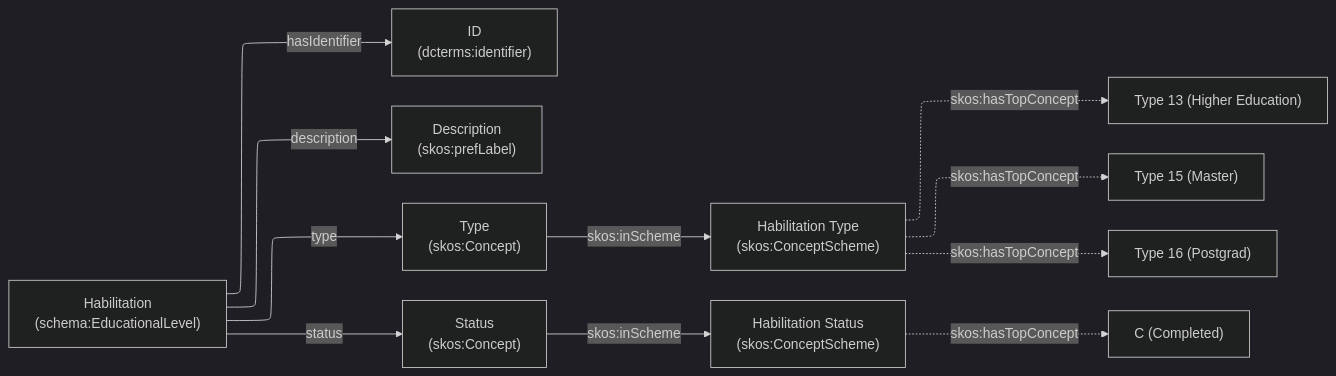
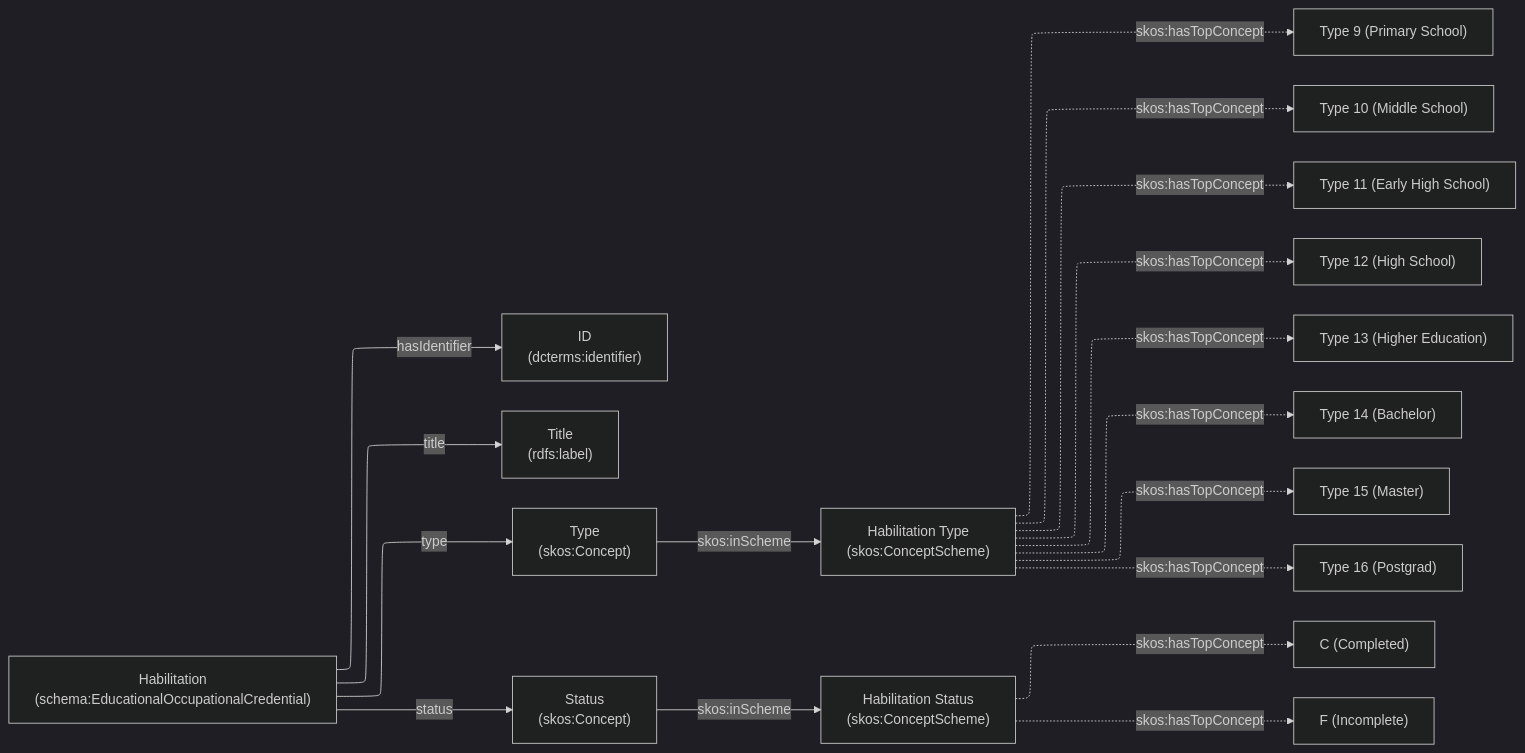
Before and after one commit to Kaankzlyar/orwell-generalized: the diagram in docs/registobiografico/habilitations.mermaid, drawn with Mermaid (dark theme). The commit also changed 10 other files, not shown here.

Commit message:
fix some graphs

```diff
--- a/docs/registobiografico/habilitations.mermaid
+++ b/docs/registobiografico/habilitations.mermaid
@@ -1,17 +1,23 @@
 ---
 config:
   layout: elk
 ---
 flowchart LR
-    Habilitation["Habilitation<br>(schema:EducationalLevel)"] -- hasIdentifier --> hid["ID<br>(dcterms:identifier)"]
-    Habilitation -- description --> hdes["Description<br>(skos:prefLabel)"]
+    Habilitation["Habilitation<br>(schema:EducationalOccupationalCredential)"] -- hasIdentifier --> hid["ID<br>(dcterms:identifier)"]
+    Habilitation -- title --> hdes["Title<br>(rdfs:label)"]
     Habilitation -- type --> htype["Type<br>(skos:Concept)"]
     Habilitation -- status --> hstatus["Status<br>(skos:Concept)"]
     
     htype -->|"skos:inScheme"| htypeEnum["Habilitation Type<br>(skos:ConceptScheme)"]
-    htypeEnum -.->|"skos:hasTopConcept"| ht1["Type 13 (Higher Education)"]
-    htypeEnum -.->|"skos:hasTopConcept"| ht2["Type 15 (Master)"]
-    htypeEnum -.->|"skos:hasTopConcept"| ht3["Type 16 (Postgrad)"]
+    htypeEnum -.->|"skos:hasTopConcept"| ht5["Type 9 (Primary School)"]
+    htypeEnum -.->|"skos:hasTopConcept"| ht7["Type 10 (Middle School)"]
+    htypeEnum -.->|"skos:hasTopConcept"| ht8["Type 11 (Early High School)"]
+    htypeEnum -.->|"skos:hasTopConcept"| ht1["Type 12 (High School)"]
+    htypeEnum -.->|"skos:hasTopConcept"| ht2["Type 13 (Higher Education)"]
+    htypeEnum -.->|"skos:hasTopConcept"| ht6["Type 14 (Bachelor)"]
+    htypeEnum -.->|"skos:hasTopConcept"| ht3["Type 15 (Master)"]
+    htypeEnum -.->|"skos:hasTopConcept"| ht4["Type 16 (Postgrad)"]
     
     hstatus -->|"skos:inScheme"| hstatusEnum["Habilitation Status<br>(skos:ConceptScheme)"]
     hstatusEnum -.->|"skos:hasTopConcept"| hs1["C (Completed)"]
+    hstatusEnum -.->|"skos:hasTopConcept"| hs2["F (Incomplete)"]
```
